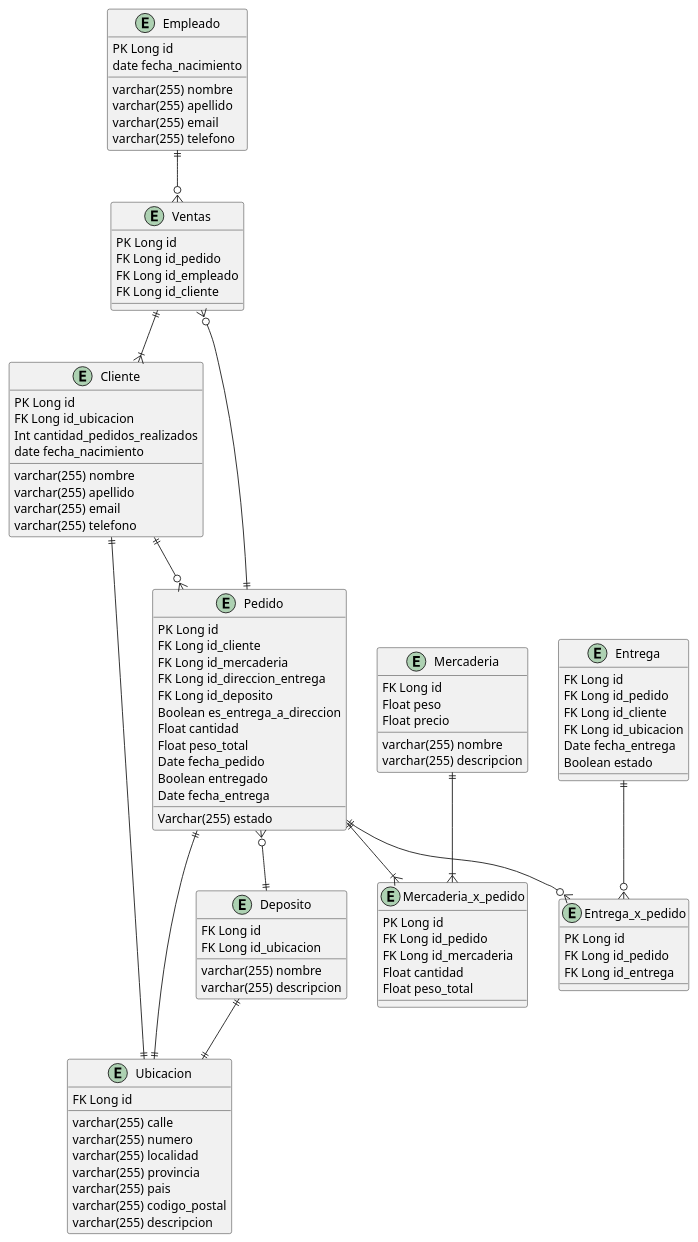
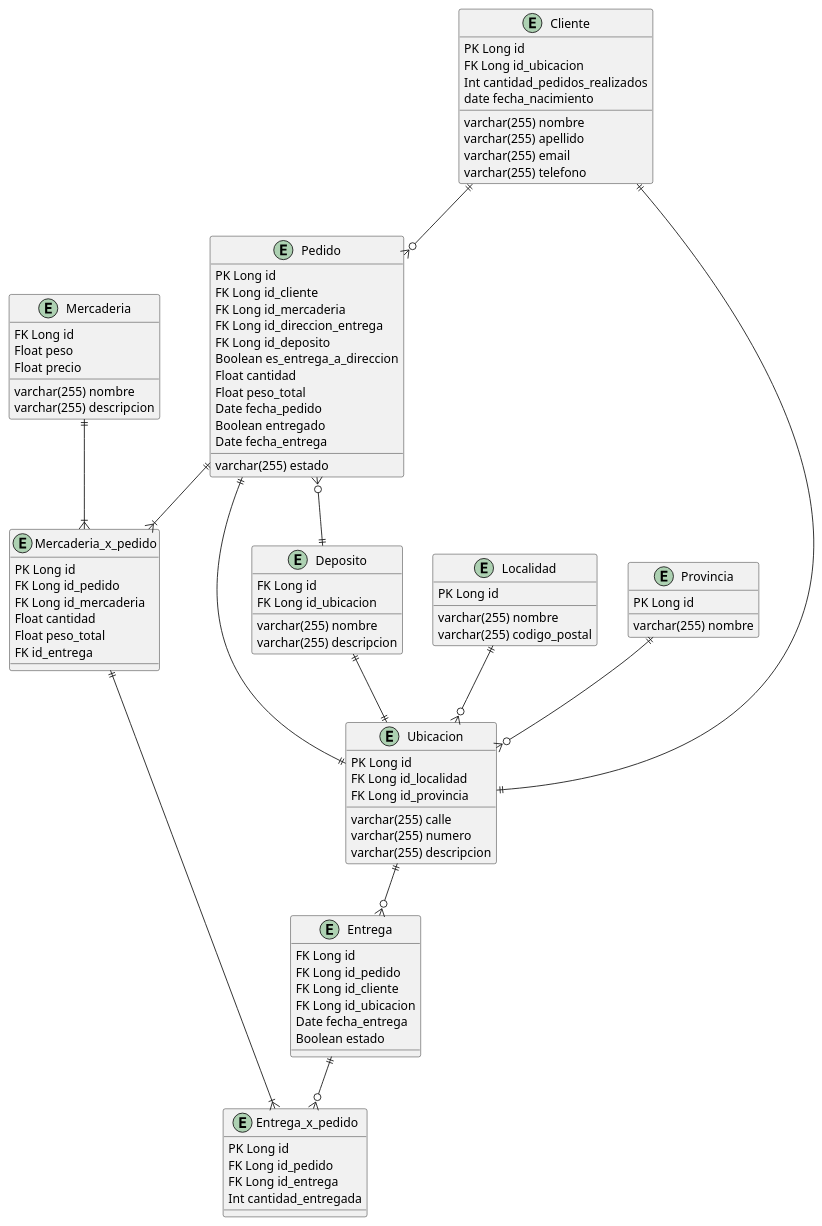
One commit to JuanIBorda/Practica-Modelado-de-Datos-y-Persistencia-de-Datos changed the diagram in src/Diagramas/DER.puml. Above: the diagram before and after it, drawn with PlantUML. The commit also changed 1 other file, not shown here.

```diff
--- a/src/Diagramas/DER.puml
+++ b/src/Diagramas/DER.puml
@@ -1,114 +1,111 @@
 @startuml
 
 entity Cliente{
     PK Long id
     FK Long id_ubicacion
     Int cantidad_pedidos_realizados
     varchar(255) nombre
     varchar(255) apellido
     varchar(255) email
     varchar(255) telefono
     date fecha_nacimiento
 }
 
 entity Pedido{
     PK Long id
     FK Long id_cliente
     FK Long id_mercaderia
     FK Long id_direccion_entrega
     FK Long id_deposito
     Boolean es_entrega_a_direccion
     Float cantidad
     Float peso_total
-    Varchar(255) estado
+    varchar(255) estado
     Date fecha_pedido
     Boolean entregado
     Date fecha_entrega
 }
 
 entity Mercaderia{
     FK Long id
     varchar(255) nombre
     varchar(255) descripcion
     Float peso
     Float precio
 }
 
 
 entity Entrega{
     FK Long id
     FK Long id_pedido
     FK Long id_cliente
     FK Long id_ubicacion
     Date fecha_entrega
     Boolean estado
 }
 
 
 entity Ubicacion{
-    FK Long id
+    PK Long id
+    FK Long id_localidad
+    FK Long id_provincia
     varchar(255) calle
     varchar(255) numero
-    varchar(255) localidad
-    varchar(255) provincia
-    varchar(255) pais
-    varchar(255) codigo_postal
     varchar(255) descripcion
 }
 
 entity Deposito{
     FK Long id
     FK Long id_ubicacion
     varchar(255) nombre
     varchar(255) descripcion
 }
 
-entity Empleado{
-    PK Long id
-    varchar(255) nombre
-    varchar(255) apellido
-    varchar(255) email
-    varchar(255) telefono
-    date fecha_nacimiento
-}
-
-entity Ventas{
-    PK Long id
-    FK Long id_pedido
-    FK Long id_empleado
-    FK Long id_cliente
-}
-
 entity Mercaderia_x_pedido{
 PK Long id
     FK Long id_pedido
     FK Long id_mercaderia
     Float cantidad
     Float peso_total
+    FK id_entrega
 }
 
 entity Entrega_x_pedido{
     PK Long id
     FK Long id_pedido
     FK Long id_entrega
+    Int cantidad_entregada
 }
+
+entity Localidad{
+    PK Long id
+    varchar(255) nombre
+    varchar(255) codigo_postal
+}
+
+entity Provincia{
+    PK Long id
+    varchar(255) nombre
+}
+
+Localidad ||--o{ Ubicacion
+Provincia ||--o{ Ubicacion
+
 
 Cliente ||--|| Ubicacion
 Cliente ||--o{ Pedido
 
 Mercaderia ||--|{ Mercaderia_x_pedido
 
+Mercaderia_x_pedido ||--|{ Entrega_x_pedido
+
 Pedido ||--|{ Mercaderia_x_pedido
 Pedido }o--|| Deposito
 Pedido ||--|| Ubicacion
-Pedido ||--o{ Entrega_x_pedido
 
-Ventas ||--|{ Cliente
-Ventas }o--|| Pedido
-
-Empleado ||--o{ Ventas
 Entrega ||--o{ Entrega_x_pedido
 
 Deposito ||--|| Ubicacion
+Ubicacion ||--o{ Entrega
 
 @enduml
```
